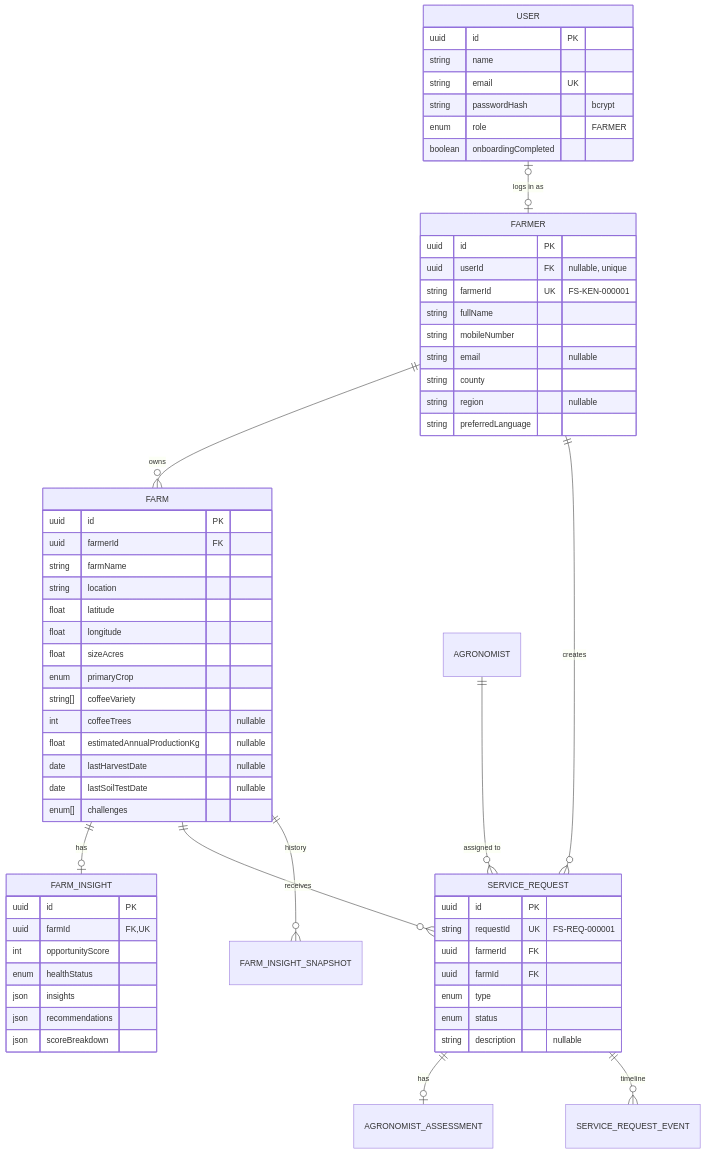
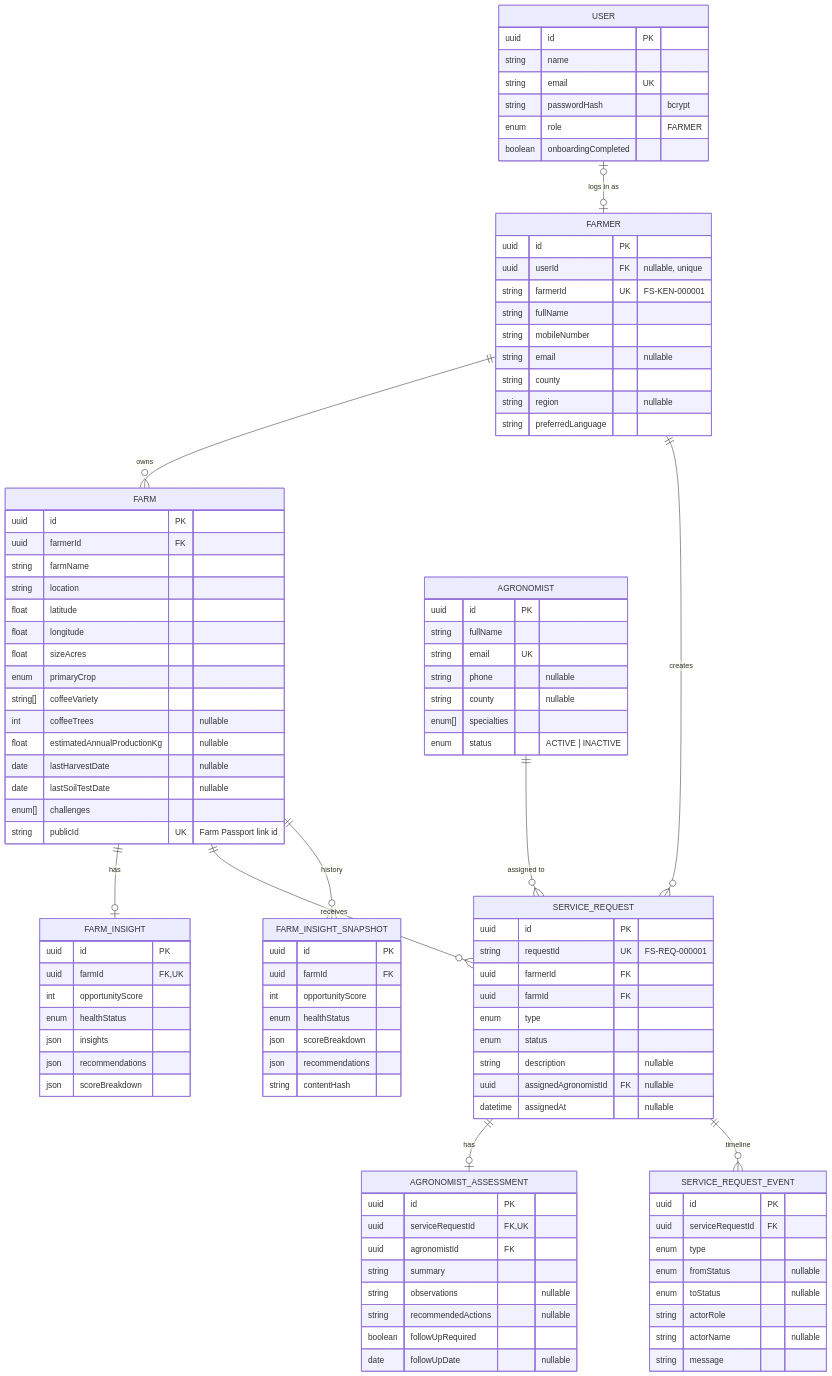
One commit to Slymcode/farm-story changed the diagram in README.md. Above: the diagram before and after it, drawn with Mermaid. The commit also changed other lines of this file and 2 other files, not shown here.

````diff
--- a/README.md
+++ b/README.md
@@ -155,6 +200,7 @@
         date lastHarvestDate "nullable"
         date lastSoilTestDate "nullable"
         enum[] challenges
+        string publicId UK "Farm Passport link id"
     }
     FARM_INSIGHT {
         uuid id PK
@@ -173,5 +219,45 @@
         enum type
         enum status
         string description "nullable"
+        uuid assignedAgronomistId FK "nullable"
+        datetime assignedAt "nullable"
+    }
+    AGRONOMIST {
+        uuid id PK
+        string fullName
+        string email UK
+        string phone "nullable"
+        string county "nullable"
+        enum[] specialties
+        enum status "ACTIVE | INACTIVE"
+    }
+    AGRONOMIST_ASSESSMENT {
+        uuid id PK
+        uuid serviceRequestId FK,UK
+        uuid agronomistId FK
+        string summary
+        string observations "nullable"
+        string recommendedActions "nullable"
+        boolean followUpRequired
+        date followUpDate "nullable"
+    }
+    SERVICE_REQUEST_EVENT {
+        uuid id PK
+        uuid serviceRequestId FK
+        enum type
+        enum fromStatus "nullable"
+        enum toStatus "nullable"
+        string actorRole
+        string actorName "nullable"
+        string message
+    }
+    FARM_INSIGHT_SNAPSHOT {
+        uuid id PK
+        uuid farmId FK
+        int opportunityScore
+        enum healthStatus
+        json scoreBreakdown
+        json recommendations
+        string contentHash
     }
 ```
````
